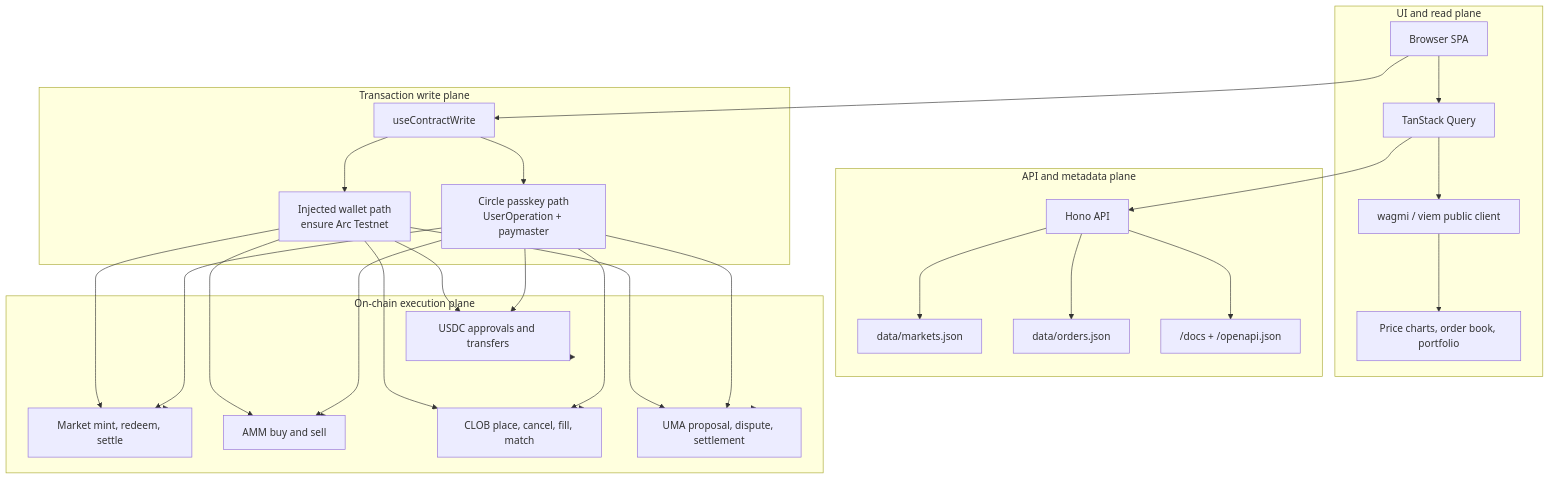
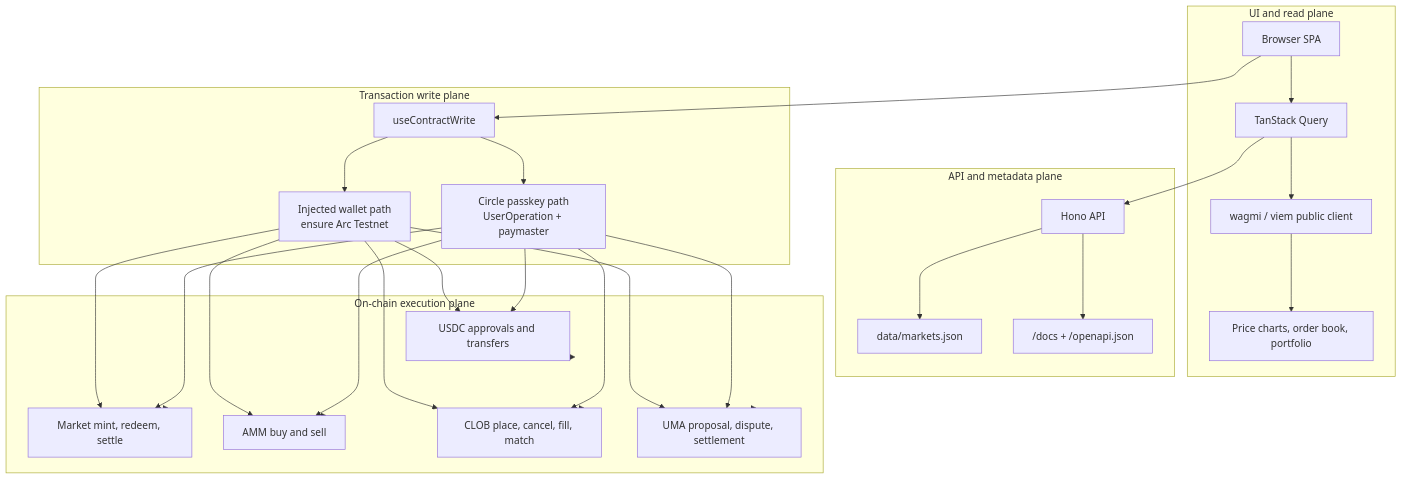
One commit to Kirashchuk/Predict-Edge changed the third of 5 diagrams in docs/architecture-ascii-mermaid.md. Above: the diagram before and after it, drawn with Mermaid. The commit also changed other lines of this file and 50 other files, not shown here.

````diff
--- a/docs/architecture-ascii-mermaid.md
+++ b/docs/architecture-ascii-mermaid.md
@@ -132,58 +128,56 @@
 ```mermaid
 flowchart TB
     subgraph UIPlane["UI and read plane"]
         Browser["Browser SPA"]
         Query["TanStack Query"]
         Wagmi["wagmi / viem public client"]
         Charts["Price charts, order book, portfolio"]
     end
 
     subgraph ApiPlane["API and metadata plane"]
         HonoApi["Hono API"]
         MarketStore["data/markets.json"]
-        LegacyOrderStore["data/orders.json"]
         OpenApi["/docs + /openapi.json"]
     end
 
     subgraph WritePlane["Transaction write plane"]
         Injected["Injected wallet path<br/>ensure Arc Testnet"]
         Passkey["Circle passkey path<br/>UserOperation + paymaster"]
         TxRouter["useContractWrite"]
     end
 
     subgraph ChainPlane["On-chain execution plane"]
         USDC3["USDC approvals and transfers"]
         Market3["Market mint, redeem, settle"]
         AMM3["AMM buy and sell"]
         CLOB3["CLOB place, cancel, fill, match"]
         UMA3["UMA proposal, dispute, settlement"]
     end
 
     Browser --> Query
     Query --> HonoApi
     Query --> Wagmi
     HonoApi --> MarketStore
-    HonoApi --> LegacyOrderStore
     HonoApi --> OpenApi
     Wagmi --> Charts
 
     Browser --> TxRouter
     TxRouter --> Injected
     TxRouter --> Passkey
     Injected --> USDC3
     Injected --> Market3
     Injected --> AMM3
     Injected --> CLOB3
     Injected --> UMA3
     Passkey --> USDC3
     Passkey --> Market3
     Passkey --> AMM3
     Passkey --> CLOB3
     Passkey --> UMA3
 
     ChainPlane --> USDC3
     ChainPlane --> Market3
     ChainPlane --> AMM3
     ChainPlane --> CLOB3
     ChainPlane --> UMA3
 ```
````
